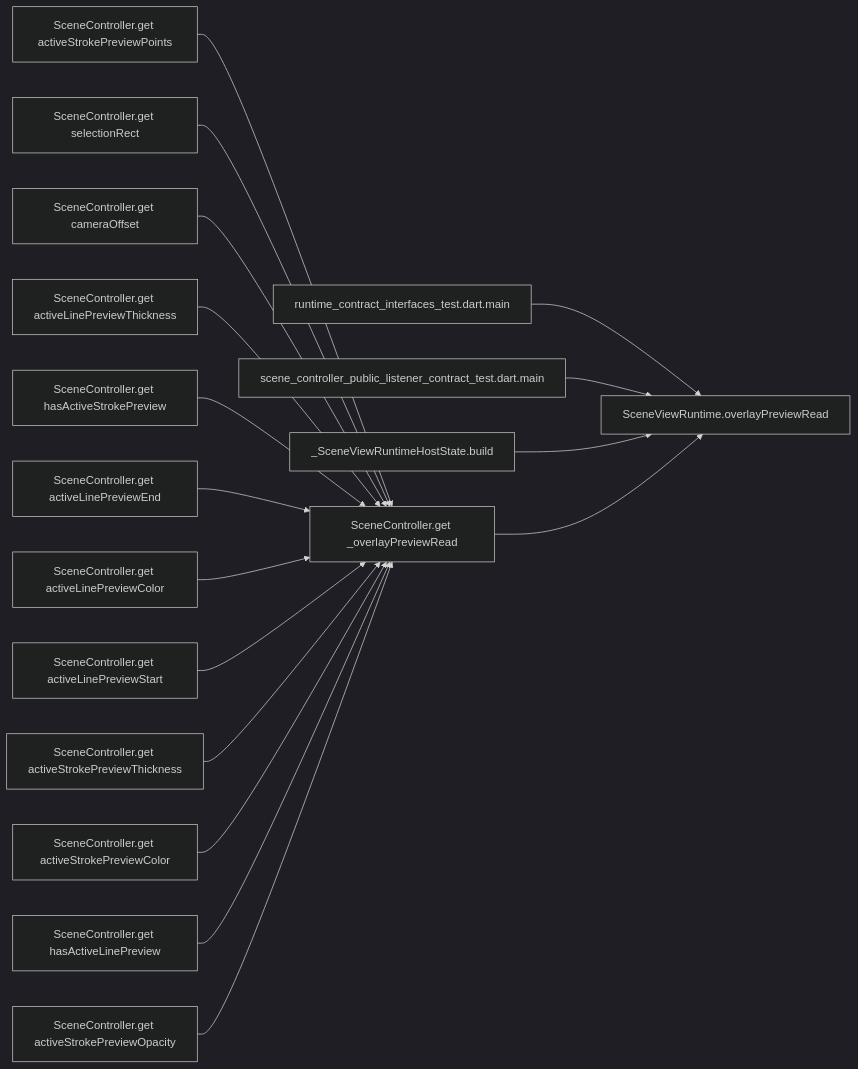
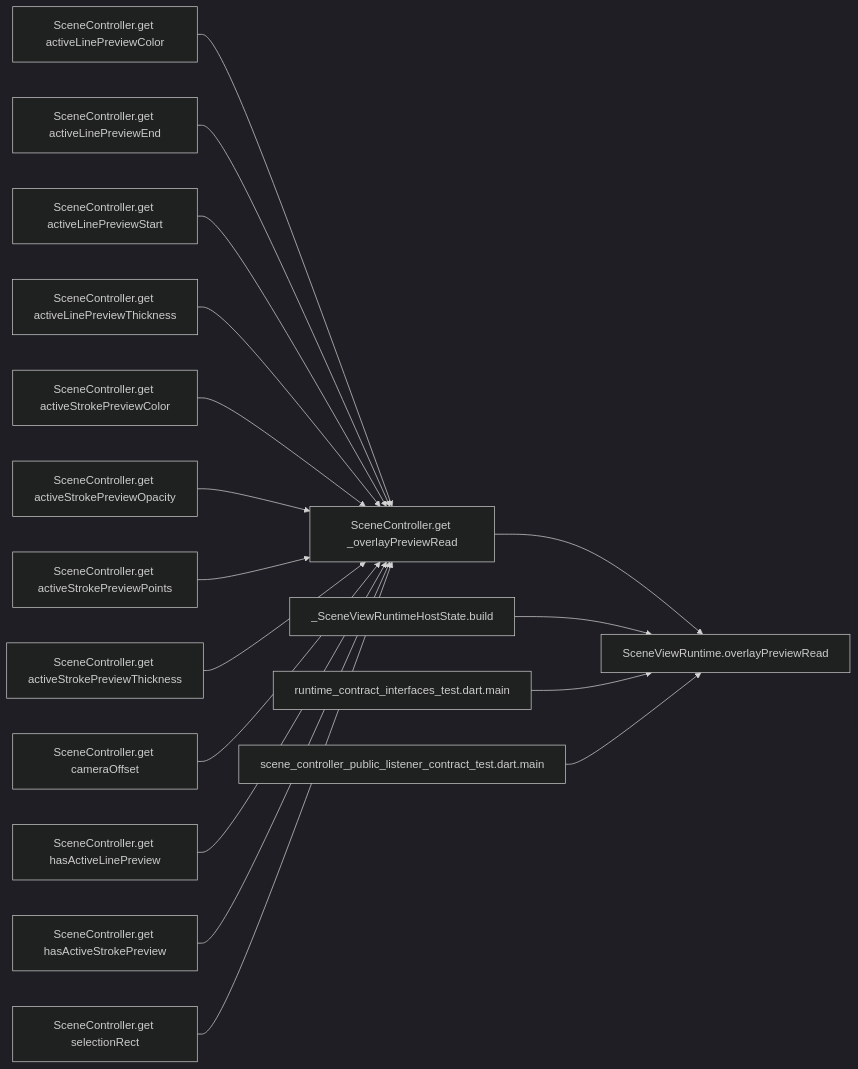
The diagram in docs/architecture/evidence/render_overlay_preview_flow.md (GreatPika/iwb_canvas_engine), drawn with Mermaid (dark theme) before and after one commit. The commit also changed 14 other files, not shown here.

````diff
--- a/docs/architecture/evidence/render_overlay_preview_flow.md
+++ b/docs/architecture/evidence/render_overlay_preview_flow.md
@@ -1,37 +1,37 @@
 ```mermaid
 flowchart LR
   N0["SceneViewRuntime.overlayPreviewRead"]
-  N1["runtime_contract_interfaces_test.dart.main"]
+  N1["SceneController.get _overlayPreviewRead"]
   N1 --> N0
-  N2["scene_controller_public_listener_contract_test.dart.main"]
-  N2 --> N0
-  N3["_SceneViewRuntimeHostState.build"]
-  N3 --> N0
-  N4["SceneController.get _overlayPreviewRead"]
-  N4 --> N0
-  N5["SceneController.get activeStrokePreviewPoints"]
-  N5 --> N4
-  N6["SceneController.get selectionRect"]
-  N6 --> N4
-  N7["SceneController.get cameraOffset"]
-  N7 --> N4
-  N8["SceneController.get activeLinePreviewThickness"]
-  N8 --> N4
-  N9["SceneController.get hasActiveStrokePreview"]
-  N9 --> N4
-  N10["SceneController.get activeLinePreviewEnd"]
-  N10 --> N4
-  N11["SceneController.get activeLinePreviewColor"]
-  N11 --> N4
-  N12["SceneController.get activeLinePreviewStart"]
-  N12 --> N4
-  N13["SceneController.get activeStrokePreviewThickness"]
-  N13 --> N4
-  N14["SceneController.get activeStrokePreviewColor"]
-  N14 --> N4
-  N15["SceneController.get hasActiveLinePreview"]
-  N15 --> N4
-  N16["SceneController.get activeStrokePreviewOpacity"]
-  N16 --> N4
+  N2["SceneController.get activeLinePreviewColor"]
+  N2 --> N1
+  N3["SceneController.get activeLinePreviewEnd"]
+  N3 --> N1
+  N4["SceneController.get activeLinePreviewStart"]
+  N4 --> N1
+  N5["SceneController.get activeLinePreviewThickness"]
+  N5 --> N1
+  N6["SceneController.get activeStrokePreviewColor"]
+  N6 --> N1
+  N7["SceneController.get activeStrokePreviewOpacity"]
+  N7 --> N1
+  N8["SceneController.get activeStrokePreviewPoints"]
+  N8 --> N1
+  N9["SceneController.get activeStrokePreviewThickness"]
+  N9 --> N1
+  N10["SceneController.get cameraOffset"]
+  N10 --> N1
+  N11["SceneController.get hasActiveLinePreview"]
+  N11 --> N1
+  N12["SceneController.get hasActiveStrokePreview"]
+  N12 --> N1
+  N13["SceneController.get selectionRect"]
+  N13 --> N1
+  N14["_SceneViewRuntimeHostState.build"]
+  N14 --> N0
+  N15["runtime_contract_interfaces_test.dart.main"]
+  N15 --> N0
+  N16["scene_controller_public_listener_contract_test.dart.main"]
+  N16 --> N0
 
 ```
````
